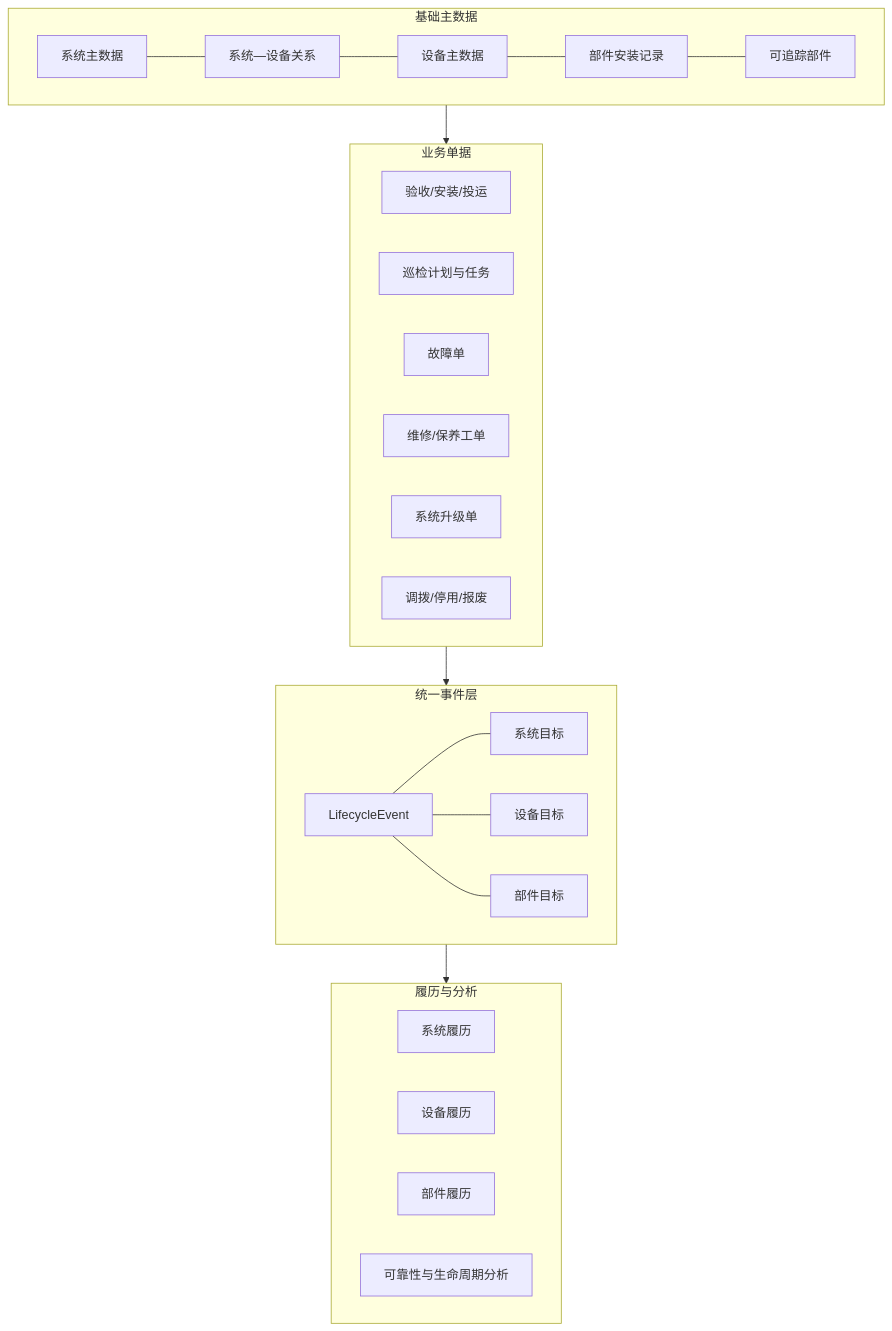
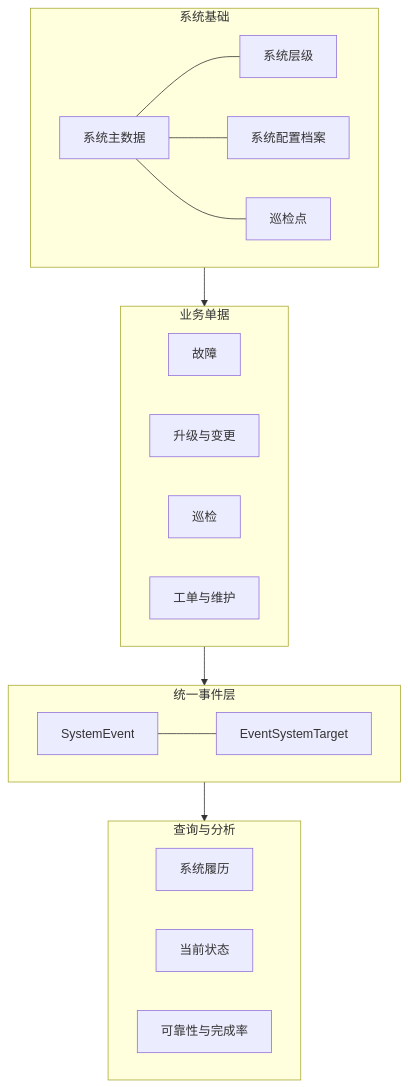
One commit to dk7n8tgb54-coder/TDYW changed the diagram in spug-3.0/设备与系统全生命周期管理总体方案_v2.0.md. Above: the diagram before and after it, drawn with Mermaid. The commit also changed other lines of this file and 29 other files, not shown here.

````diff
--- a/spug-3.0/设备与系统全生命周期管理总体方案_v2.0.md
+++ b/spug-3.0/设备与系统全生命周期管理总体方案_v2.0.md
@@ -103,42 +109,35 @@
 ```mermaid
 flowchart TB
-    subgraph Master[基础主数据]
+    subgraph Master[系统基础]
         S[系统主数据]
-        R[系统—设备关系]
-        D[设备主数据]
-        C[可追踪部件]
-        I[部件安装记录]
-        S --- R --- D
-        D --- I --- C
+        H[系统层级]
+        B[系统配置档案]
+        P[巡检点]
+        S --- H
+        S --- B
+        S --- P
     end
 
     subgraph Business[业务单据]
-        A[验收/安装/投运]
-        P[巡检计划与任务]
-        F[故障单]
-        W[维修/保养工单]
-        U[系统升级单]
-        T[调拨/停用/报废]
+        F[故障]
+        U[升级与变更]
+        I[巡检]
+        W[工单与维护]
     end
 
     subgraph Event[统一事件层]
-        E[LifecycleEvent]
-        ES[系统目标]
-        ED[设备目标]
-        EC[部件目标]
-        E --- ES
-        E --- ED
-        E --- EC
+        E[SystemEvent]
+        T[EventSystemTarget]
+        E --- T
     end
 
-    subgraph View[履历与分析]
-        SH[系统履历]
-        DH[设备履历]
-        CH[部件履历]
-        BI[可靠性与生命周期分析]
+    subgraph View[查询与分析]
+        R[系统履历]
+        C[当前状态]
+        Q[可靠性与完成率]
     end
 
     Master --> Business
     Business --> Event
     Event --> View
 ```
````
